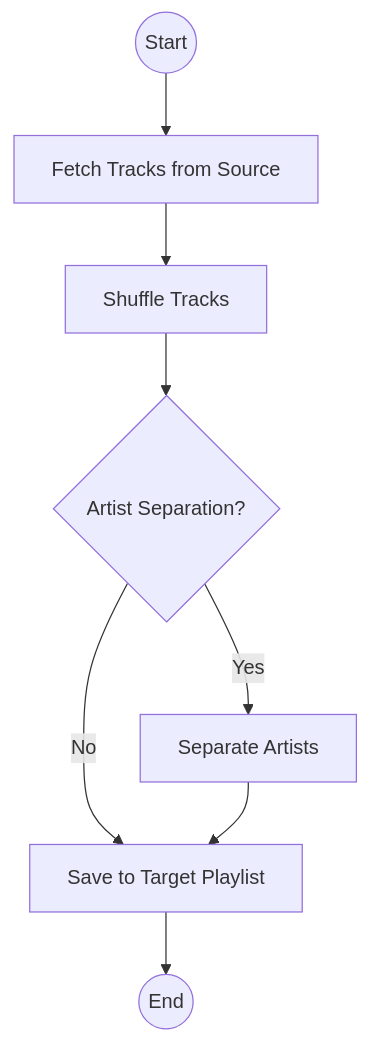
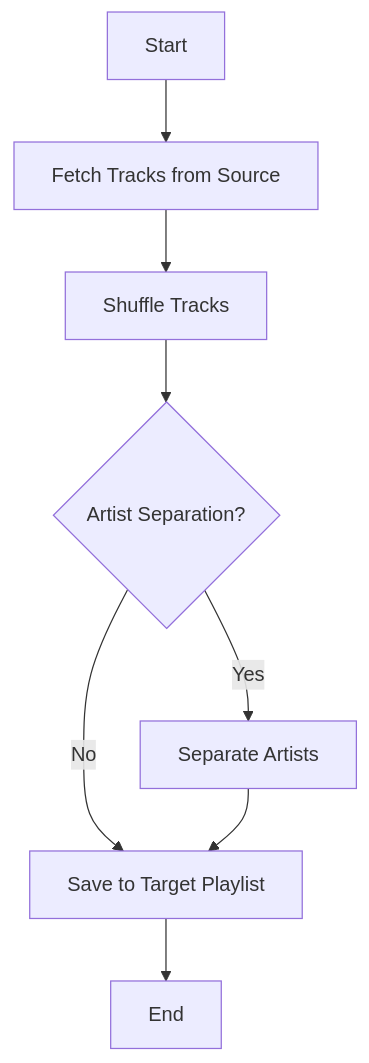
One commit to froggeric/gas-spotify-automation changed the first of 7 diagrams in README.md. Above: the diagram before and after it, drawn with Mermaid. The commit also changed other lines of this file, not shown here.

First line of the commit message:
fix(docs): Correct Mermaid diagrams for GitHub compatibility

````diff
--- a/README.md
+++ b/README.md
@@ -65,10 +65,10 @@
 ```mermaid
 graph TD
-    A((Start)) --> B["Fetch Tracks from Source"];
-    B --> C["Shuffle Tracks"];
+    A[Start] --> B[Fetch Tracks from Source];
+    B --> C[Shuffle Tracks];
     C --> D{Artist Separation?};
-    D -- Yes --> E["Separate Artists"];
+    D -- Yes --> E[Separate Artists];
     D -- No --> F;
-    E --> F["Save to Target Playlist"];
-    F --> G((End));
+    E --> F[Save to Target Playlist];
+    F --> G[End];
 ```
````
